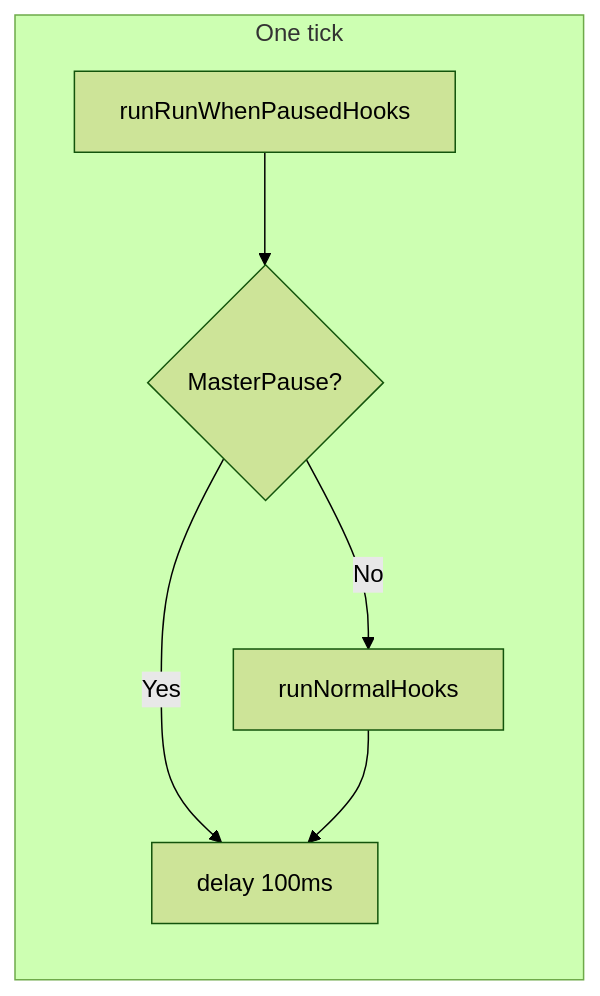
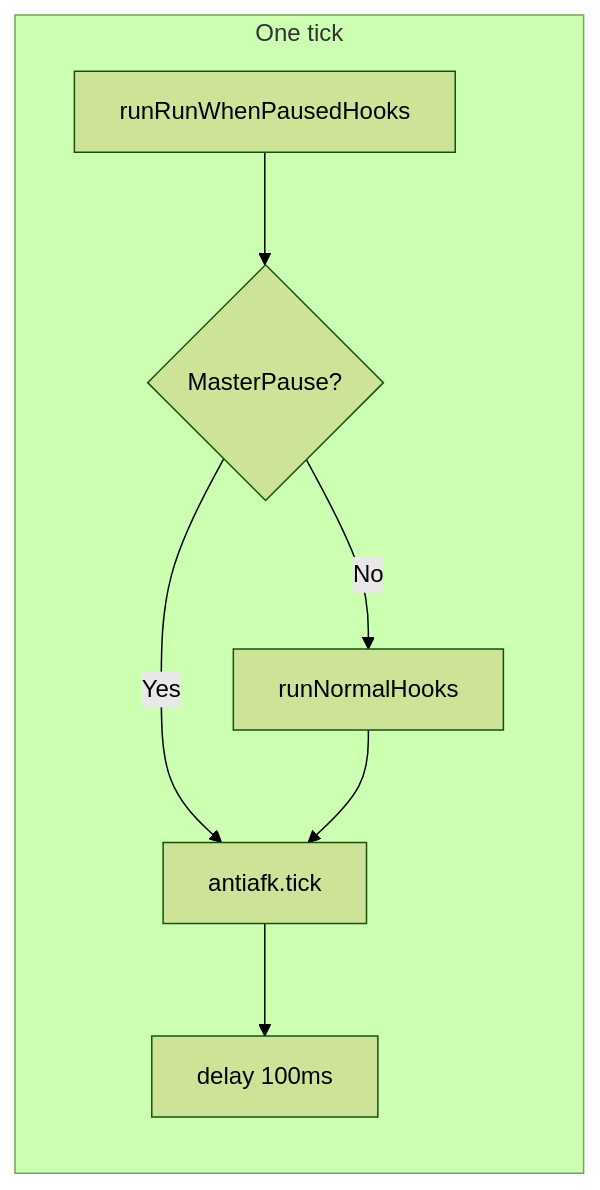
One commit to Cezero/czbot changed the diagram in docs/botlogic/README.md. Above: the diagram before and after it, drawn with Mermaid (forest theme). The commit also changed other lines of this file and 4 other files, not shown here.

````diff
--- a/docs/botlogic/README.md
+++ b/docs/botlogic/README.md
@@ -13,9 +13,10 @@
 ```mermaid
 flowchart LR
     subgraph tick [One tick]
         A[runRunWhenPausedHooks] --> B{MasterPause?}
         B -->|No| C[runNormalHooks]
-        B -->|Yes| D[delay 100ms]
+        B -->|Yes| D[antiafk.tick]
         C --> D
+        D --> E[delay 100ms]
     end
 ```
````
